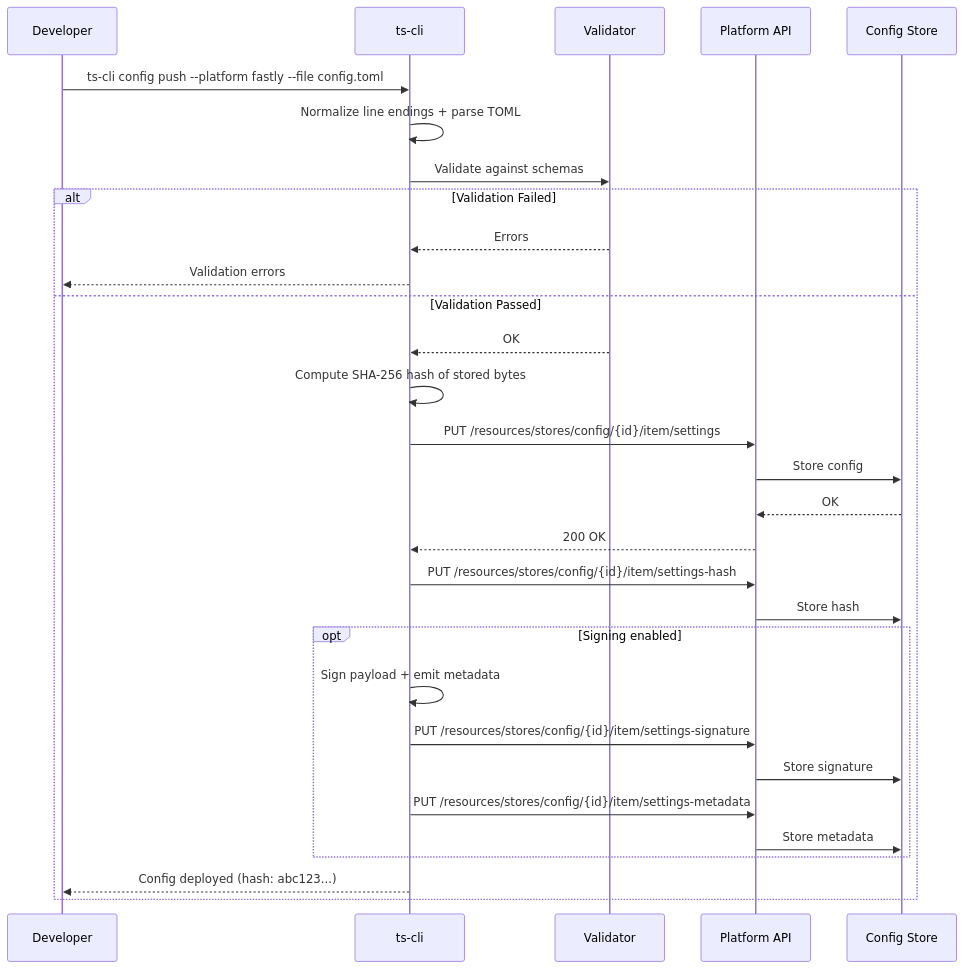
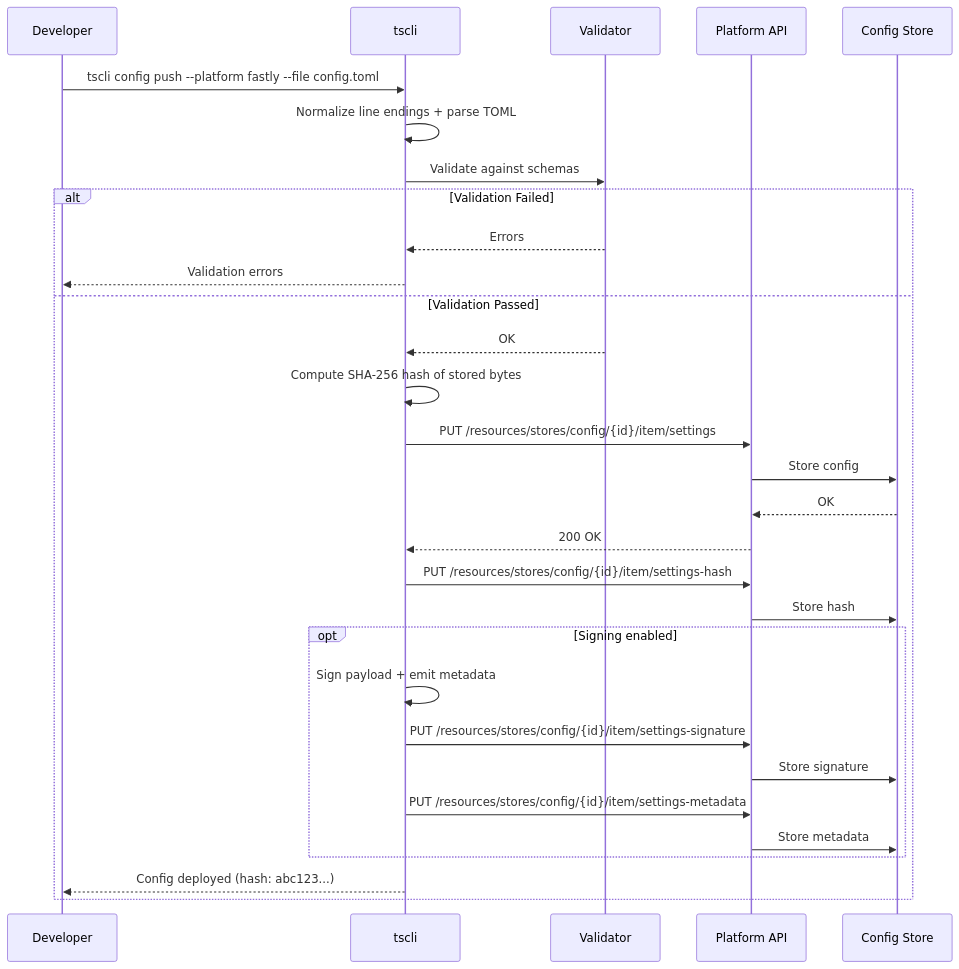
One commit to IABTechLab/trusted-server changed the tenth of 11 diagrams in docs/guide/attestation-proposal.md. Above: the diagram before and after it, drawn with Mermaid. The commit also changed other lines of this file and 28 other files, not shown here.

````diff
--- a/docs/guide/attestation-proposal.md
+++ b/docs/guide/attestation-proposal.md
@@ -744,34 +744,34 @@
 ```mermaid
 sequenceDiagram
     participant Dev as Developer
-    participant CLI as ts-cli
+    participant CLI as tscli
     participant Val as Validator
     participant API as Platform API
     participant CS as Config Store
 
-    Dev->>CLI: ts-cli config push --platform fastly --file config.toml
+    Dev->>CLI: tscli config push --platform fastly --file config.toml
     CLI->>CLI: Normalize line endings + parse TOML
     CLI->>Val: Validate against schemas
 
     alt Validation Failed
         Val-->>CLI: Errors
         CLI-->>Dev: Validation errors
     else Validation Passed
         Val-->>CLI: OK
         CLI->>CLI: Compute SHA-256 hash of stored bytes
         CLI->>API: PUT /resources/stores/config/{id}/item/settings
         API->>CS: Store config
         CS-->>API: OK
         API-->>CLI: 200 OK
         CLI->>API: PUT /resources/stores/config/{id}/item/settings-hash
         API->>CS: Store hash
         opt Signing enabled
             CLI->>CLI: Sign payload + emit metadata
             CLI->>API: PUT /resources/stores/config/{id}/item/settings-signature
             API->>CS: Store signature
             CLI->>API: PUT /resources/stores/config/{id}/item/settings-metadata
             API->>CS: Store metadata
         end
         CLI-->>Dev: Config deployed (hash: abc123...)
     end
 ```
````
